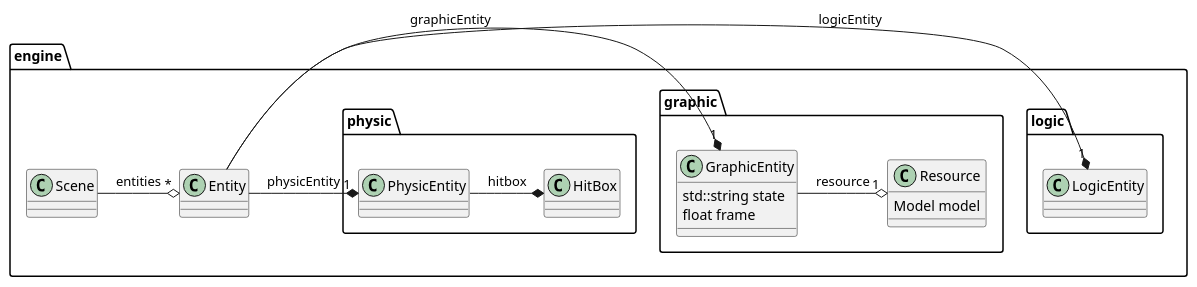
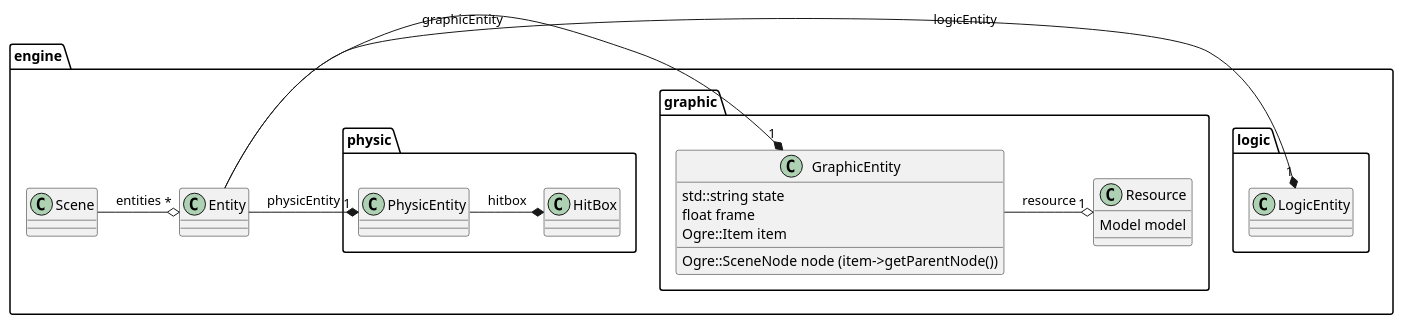
One commit to SimonPiCarter/GameEngine changed the diagram in conception/uml/entity.pu. Above: the diagram before and after it, drawn with PlantUML. The commit also changed 1 other file, not shown here.

```diff
--- a/conception/uml/entity.pu
+++ b/conception/uml/entity.pu
@@ -1,38 +1,41 @@
 @startuml entity
 
 package engine
 {
 class Entity
 class Scene
 
 package logic
 {
 	class LogicEntity
 }
 package graphic
 {
 	class GraphicEntity
 	class Resource
 }
 package physic
 {
 	class PhysicEntity
 	class HitBox
 }
 
 Entity -* "1" LogicEntity : logicEntity
 Entity -* "1" GraphicEntity : graphicEntity
 Entity -* "1" PhysicEntity : physicEntity
 
 Scene -o "*" Entity : entities
 
 GraphicEntity -o "1" Resource : resource
 GraphicEntity : std::string state
 GraphicEntity : float frame
+GraphicEntity : Ogre::Item item
+GraphicEntity : Ogre::SceneNode node (item->getParentNode())
+
 
 Resource : Model model
 
 PhysicEntity -* HitBox : hitbox
 }
 
 @enduml
```
